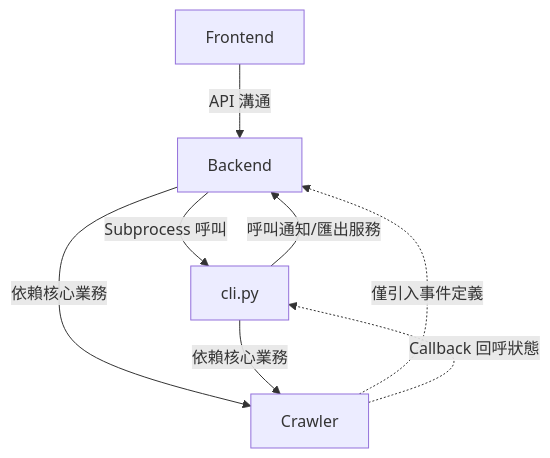
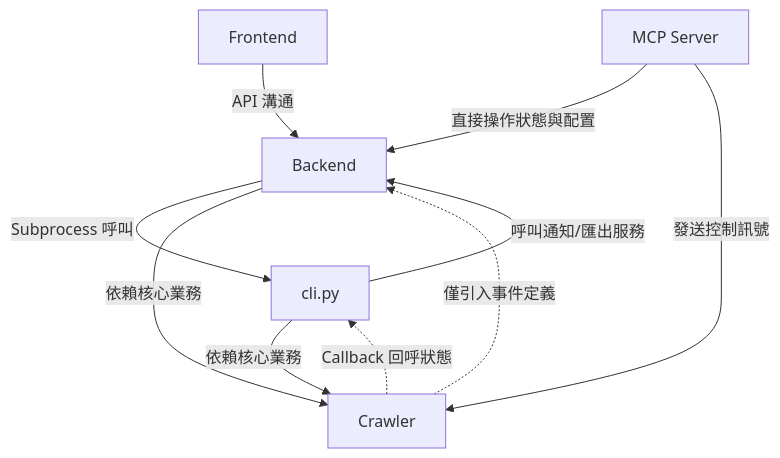
One commit to mfhsieh/link-checker changed the diagram in doc/architecture.md. Above: the diagram before and after it, drawn with Mermaid. The commit also changed other lines of this file and 6 other files, not shown here.

````diff
--- a/doc/architecture.md
+++ b/doc/architecture.md
@@ -125,14 +125,18 @@
 ```mermaid
 graph TD
     Frontend -->|API 溝通| Backend
     Backend -->|Subprocess 呼叫| CLI[cli.py]
     Backend -->|依賴核心業務| Crawler
     
     %% CLI 與 Backend 的關係
     CLI -->|依賴核心業務| Crawler
     CLI -->|呼叫通知/匯出服務| Backend
     
     %% 消除反向耦合
     Crawler -.->|僅引入事件定義| Backend
     Crawler -.->|Callback 回呼狀態| CLI
+    
+    %% MCP Server 代理
+    MCP[MCP Server] -->|直接操作狀態與配置| Backend
+    MCP -->|發送控制訊號| Crawler
 ```
````
